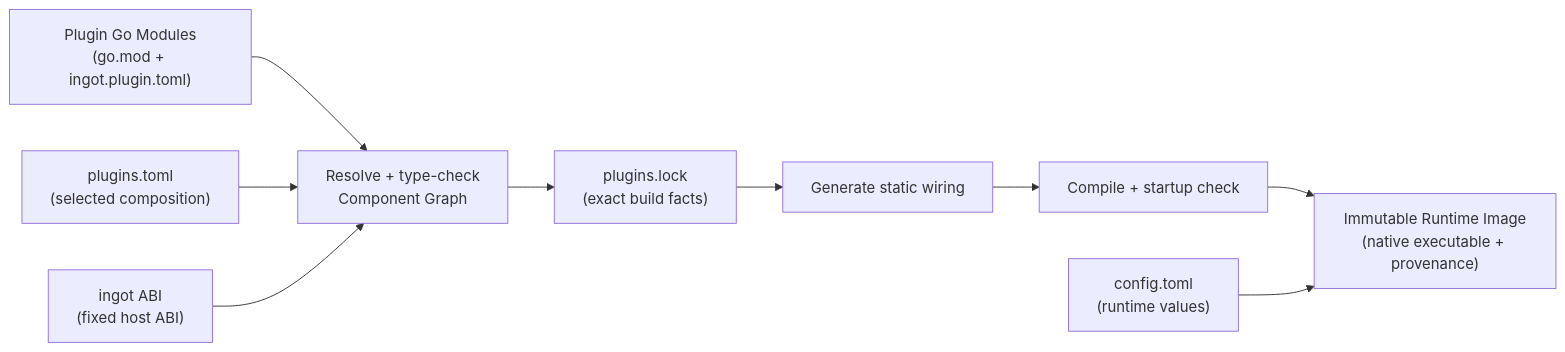
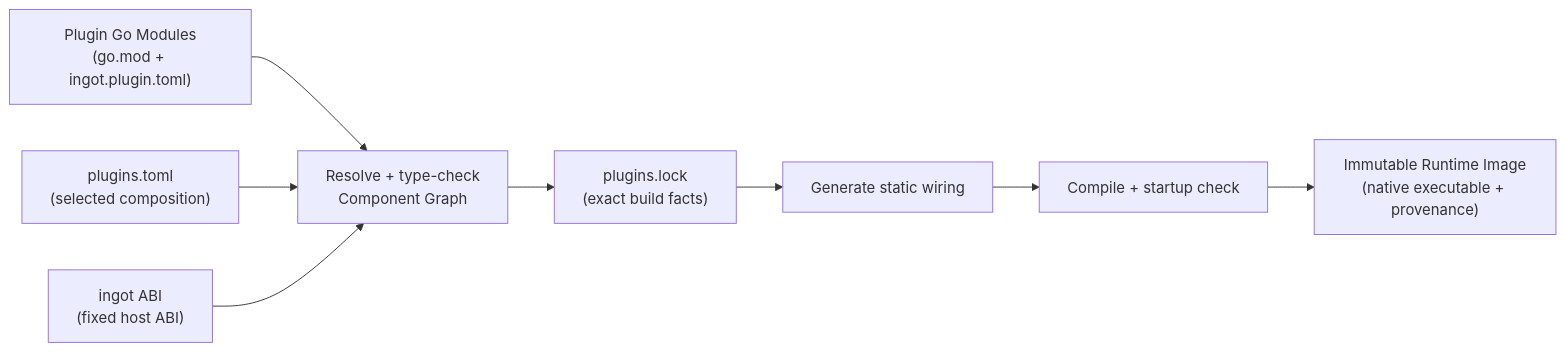
The diagram in README.md (ingot-agent/ingot), drawn with Mermaid before and after one commit. The commit also changed other lines of this file and 159 other files, not shown here.

````diff
--- a/README.md
+++ b/README.md
@@ -133,11 +137,10 @@
 ```mermaid
 flowchart LR
     Plugins["Plugin Go Modules<br/>(go.mod + ingot.plugin.toml)"] --> Resolve
     Desired["plugins.toml<br/>(selected composition)"] --> Resolve
     Runtime["ingot ABI<br/>(fixed host ABI)"] --> Resolve
     Resolve["Resolve + type-check<br/>Component Graph"] --> Lock["plugins.lock<br/>(exact build facts)"]
     Lock --> Generate["Generate static wiring"]
     Generate --> Compile["Compile + startup check"]
     Compile --> Image["Immutable Runtime Image<br/>(native executable + provenance)"]
-    Config["config.toml<br/>(runtime values)"] --> Image
 ```
````
